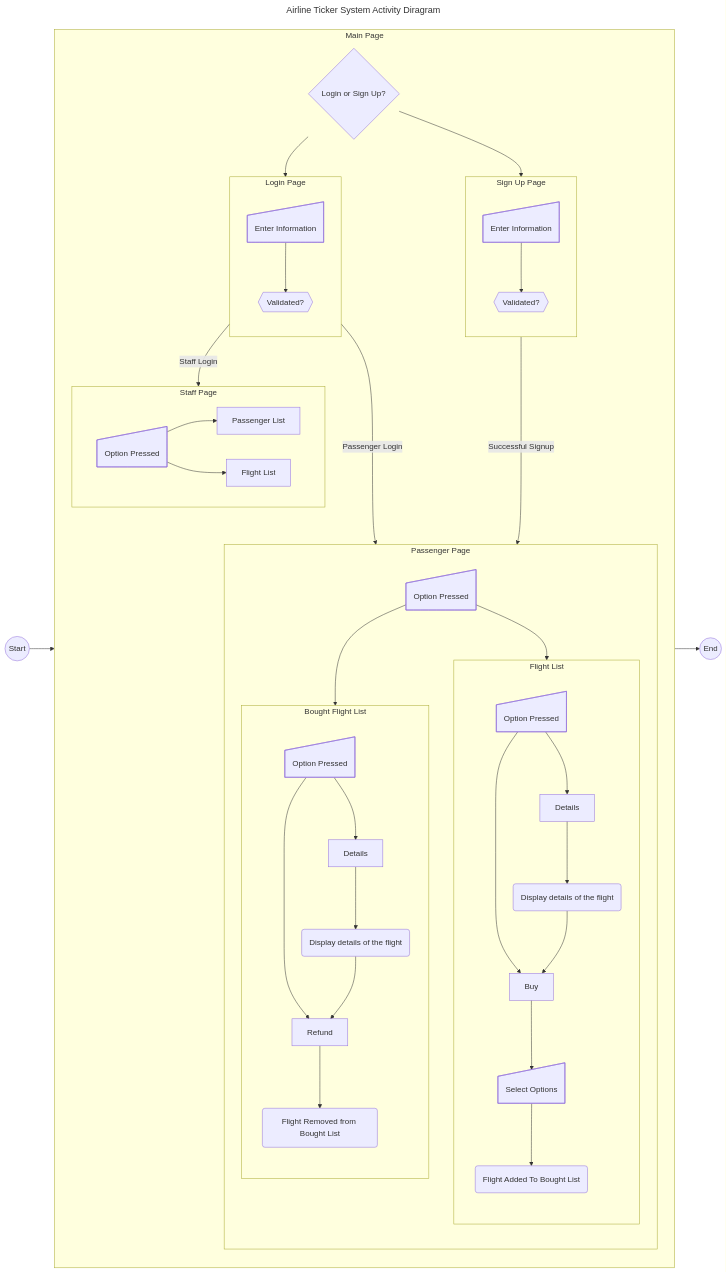
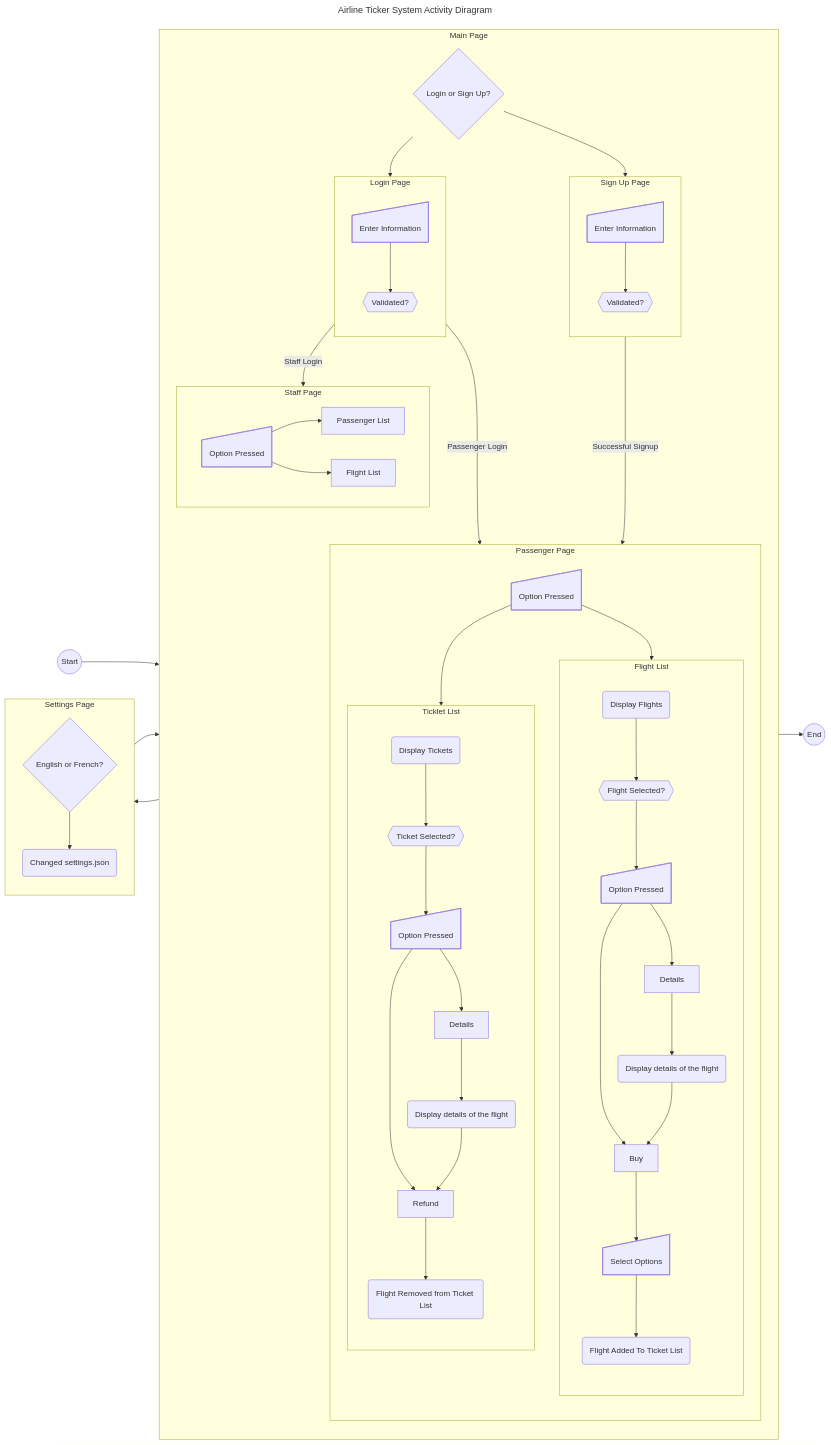
One commit to 4lex16/AppDevProject changed the diagram in docs/Diagrams/ActivityDiagram.md. Above: the diagram before and after it, drawn with Mermaid.

Commit message:
Added Stuff to actvity diagram
- Settings Page

- Process and events in Passenger Page

````diff
--- a/docs/Diagrams/ActivityDiagram.md
+++ b/docs/Diagrams/ActivityDiagram.md
@@ -12,6 +12,10 @@
 
     %% main page subgraph
     main-choice@{ shape: diamond, label: "Login or Sign Up?" }
+
+    %% settings page
+    settings-option@{ shape: diamond, label: "English or French?"}
+    settings-event@{ shape: event, label: "Changed settings.json"}
 
     %% login page subgraph
     enter-login@{ shape: manual-input, label: "Enter Information"}
@@ -29,20 +33,24 @@
     %% passenger page subgraph
     passenger-option@{ shape: manual-input, label: "Option Pressed"}
         %% flight list subgraph
+        passenger-flight-list-display@{ shape: event, label: "Display Flights" }
+        passenger-flight-list-select@{ shape: hex, label: "Flight Selected?" }
         passenger-flight-list-option@{ shape: manual-input, label: "Option Pressed"}
         passenger-flight-list-buy@{ shape: process, label: "Buy"}
         passenger-flight-list-buy-select@{ shape: manual-input, label: "Select Options"}
-        passenger-flight-list-buy-event@{ shape: event, label: "Flight Added To Bought List"}
+        passenger-flight-list-buy-event@{ shape: event, label: "Flight Added To Ticket List"}
         passenger-flight-list-details@{ shape: process, label: "Details"}
         passenger-flight-list-details-event@{ shape: event, label: "Display details of the flight"}
 
         
         %% bought list subgraph
-        passenger-bought-list-option@{ shape: manual-input, label: "Option Pressed"}
-        passenger-bought-list-refund@{ shape: process, label: "Refund"}
-        passenger-bought-list-refund-event@{ shape: event, label: "Flight Removed from Bought List"}
-        passenger-bought-list-detail@{ shape: process, label: "Details"}
-        passenger-bought-list-detail-event@{ shape: event, label: "Display details of the flight"}
+        passenger-ticket-list-display@{ shape: event, label: "Display Tickets" }
+        passenger-ticket-list-select@{ shape: hex, label: "Ticket Selected?" }
+        passenger-ticket-list-option@{ shape: manual-input, label: "Option Pressed"}
+        passenger-ticket-list-refund@{ shape: process, label: "Refund"}
+        passenger-ticket-list-refund-event@{ shape: event, label: "Flight Removed from Ticket List"}
+        passenger-ticket-list-detail@{ shape: process, label: "Details"}
+        passenger-ticket-list-detail-event@{ shape: event, label: "Display details of the flight"}
 
 
     START --> main
@@ -73,10 +81,12 @@
         subgraph passenger[Passenger Page]
             direction TB
                 passenger-option --> passengerflightlist
-                passenger-option --> passengerboughtlist
+                passenger-option --> passengerticketlist
 
                 subgraph passengerflightlist[Flight List]
                     direction TB
+                    passenger-flight-list-display --> passenger-flight-list-select
+                    passenger-flight-list-select --> passenger-flight-list-option
                     passenger-flight-list-option --> passenger-flight-list-buy
                     passenger-flight-list-buy --> passenger-flight-list-buy-select
                     passenger-flight-list-buy-select --> passenger-flight-list-buy-event
@@ -86,17 +96,24 @@
                     passenger-flight-list-details-event --> passenger-flight-list-buy
                 end
 
-                subgraph passengerboughtlist[Bought Flight List]
+                subgraph passengerticketlist[Ticklet List]
                     direction TB
-                    passenger-bought-list-option --> passenger-bought-list-refund
-                    passenger-bought-list-refund --> passenger-bought-list-refund-event
+                    passenger-ticket-list-display --> passenger-ticket-list-select
+                    passenger-ticket-list-select --> passenger-ticket-list-option
+                    passenger-ticket-list-option --> passenger-ticket-list-refund
+                    passenger-ticket-list-refund --> passenger-ticket-list-refund-event
 
-                    passenger-bought-list-option --> passenger-bought-list-detail
-                    passenger-bought-list-detail --> passenger-bought-list-detail-event
-                    passenger-bought-list-detail-event --> passenger-bought-list-refund
+                    passenger-ticket-list-option --> passenger-ticket-list-detail
+                    passenger-ticket-list-detail --> passenger-ticket-list-detail-event
+                    passenger-ticket-list-detail-event --> passenger-ticket-list-refund
                 end
-                
         end
     end
     main --> END
+    main --> settings
+    settings --> main
+    subgraph settings[Settings Page]
+            settings-option --> settings-event
+    end
+    
 ```
````
